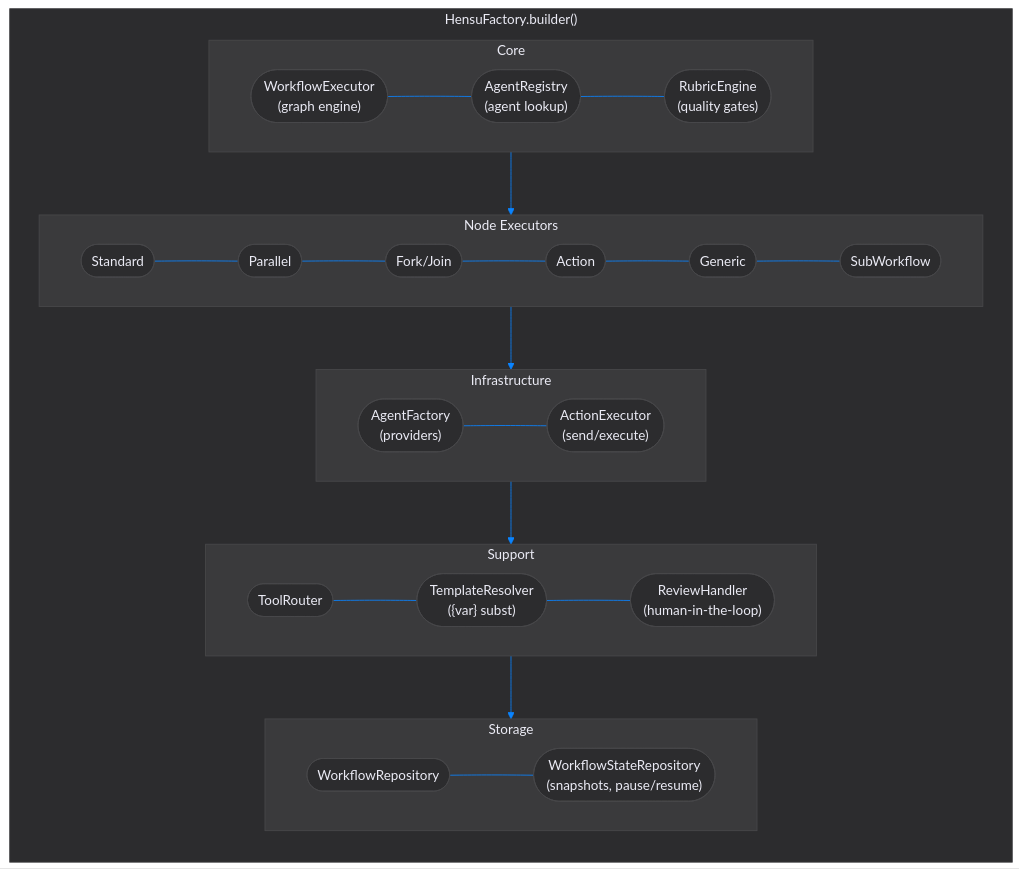
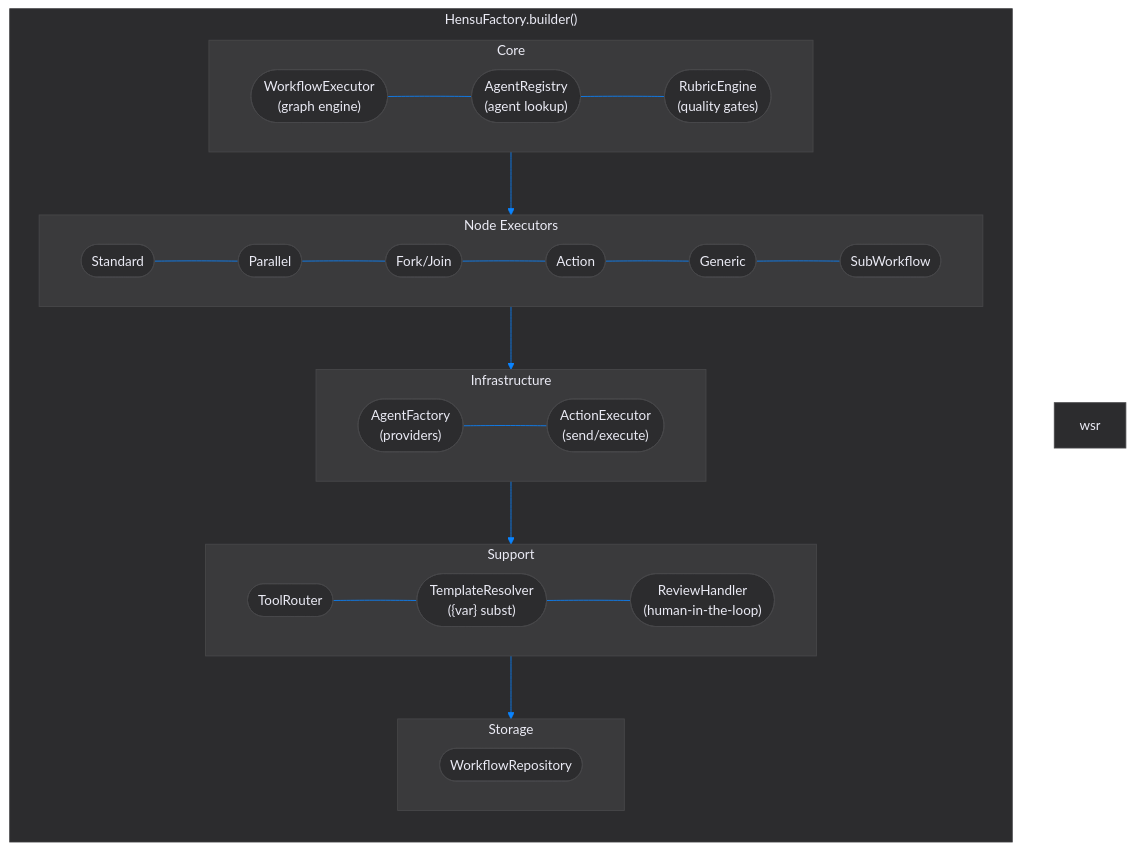
The first of 2 diagrams in hensu-core/README.md (hensu-project/hensu), drawn with Mermaid before and after one commit. The commit also changed other lines of this file and 8 other files, not shown here.

````diff
--- a/hensu-core/README.md
+++ b/hensu-core/README.md
@@ -29,53 +29,53 @@
 ```mermaid
 flowchart TD
     subgraph factory["HensuFactory.builder()"]
         direction TB
         subgraph top["Core"]
             direction LR
             we(["WorkflowExecutor\n(graph engine)"]) ~~~ ar(["AgentRegistry\n(agent lookup)"]) ~~~ re(["RubricEngine\n(quality gates)"])
         end
         subgraph nodes["Node Executors"]
             direction LR
             std(["Standard"]) ~~~ par(["Parallel"]) ~~~ fj(["Fork/Join"]) ~~~ act(["Action"]) ~~~ gen(["Generic"]) ~~~ sub(["SubWorkflow"])
         end
         subgraph mid["Infrastructure"]
             direction LR
             af(["AgentFactory\n(providers)"]) ~~~ ae(["ActionExecutor\n(send/execute)"])
         end
         subgraph support["Support"]
             direction LR
             tr(["ToolRouter"]) ~~~ tmpl(["TemplateResolver\n({var} subst)"]) ~~~ rh(["ReviewHandler\n(human-in-the-loop)"])
         end
         subgraph storage["Storage"]
             direction LR
-            wr(["WorkflowRepository"]) ~~~ wsr(["WorkflowStateRepository\n(snapshots, pause/resume)"])
+            wr(["WorkflowRepository"])
         end
         top --> nodes --> mid --> support --> storage
     end
 
     style factory fill:#2c2c2e, stroke:#3a3a3c, color:#ebebf5, stroke-width:1px
     style top fill:#3a3a3c, stroke:#48484a, color:#ebebf5, stroke-width:1px
     style nodes fill:#3a3a3c, stroke:#48484a, color:#ebebf5, stroke-width:1px
     style mid fill:#3a3a3c, stroke:#48484a, color:#ebebf5, stroke-width:1px
     style support fill:#3a3a3c, stroke:#48484a, color:#ebebf5, stroke-width:1px
     style storage fill:#3a3a3c, stroke:#48484a, color:#ebebf5, stroke-width:1px
 
     style we fill:#2c2c2e, stroke:#48484a, color:#ebebf5, stroke-width:1px
     style ar fill:#2c2c2e, stroke:#48484a, color:#ebebf5, stroke-width:1px
     style re fill:#2c2c2e, stroke:#48484a, color:#ebebf5, stroke-width:1px
     style std fill:#2c2c2e, stroke:#48484a, color:#ebebf5, stroke-width:1px
     style par fill:#2c2c2e, stroke:#48484a, color:#ebebf5, stroke-width:1px
     style fj fill:#2c2c2e, stroke:#48484a, color:#ebebf5, stroke-width:1px
     style act fill:#2c2c2e, stroke:#48484a, color:#ebebf5, stroke-width:1px
     style gen fill:#2c2c2e, stroke:#48484a, color:#ebebf5, stroke-width:1px
     style sub fill:#2c2c2e, stroke:#48484a, color:#ebebf5, stroke-width:1px
     style af fill:#2c2c2e, stroke:#48484a, color:#ebebf5, stroke-width:1px
     style ae fill:#2c2c2e, stroke:#48484a, color:#ebebf5, stroke-width:1px
     style tr fill:#2c2c2e, stroke:#48484a, color:#ebebf5, stroke-width:1px
     style tmpl fill:#2c2c2e, stroke:#48484a, color:#ebebf5, stroke-width:1px
     style rh fill:#2c2c2e, stroke:#48484a, color:#ebebf5, stroke-width:1px
     style wr fill:#2c2c2e, stroke:#48484a, color:#ebebf5, stroke-width:1px
     style wsr fill:#2c2c2e, stroke:#48484a, color:#ebebf5, stroke-width:1px
 
     linkStyle default stroke:#0A84FF, stroke-width:1px
 ```
````
